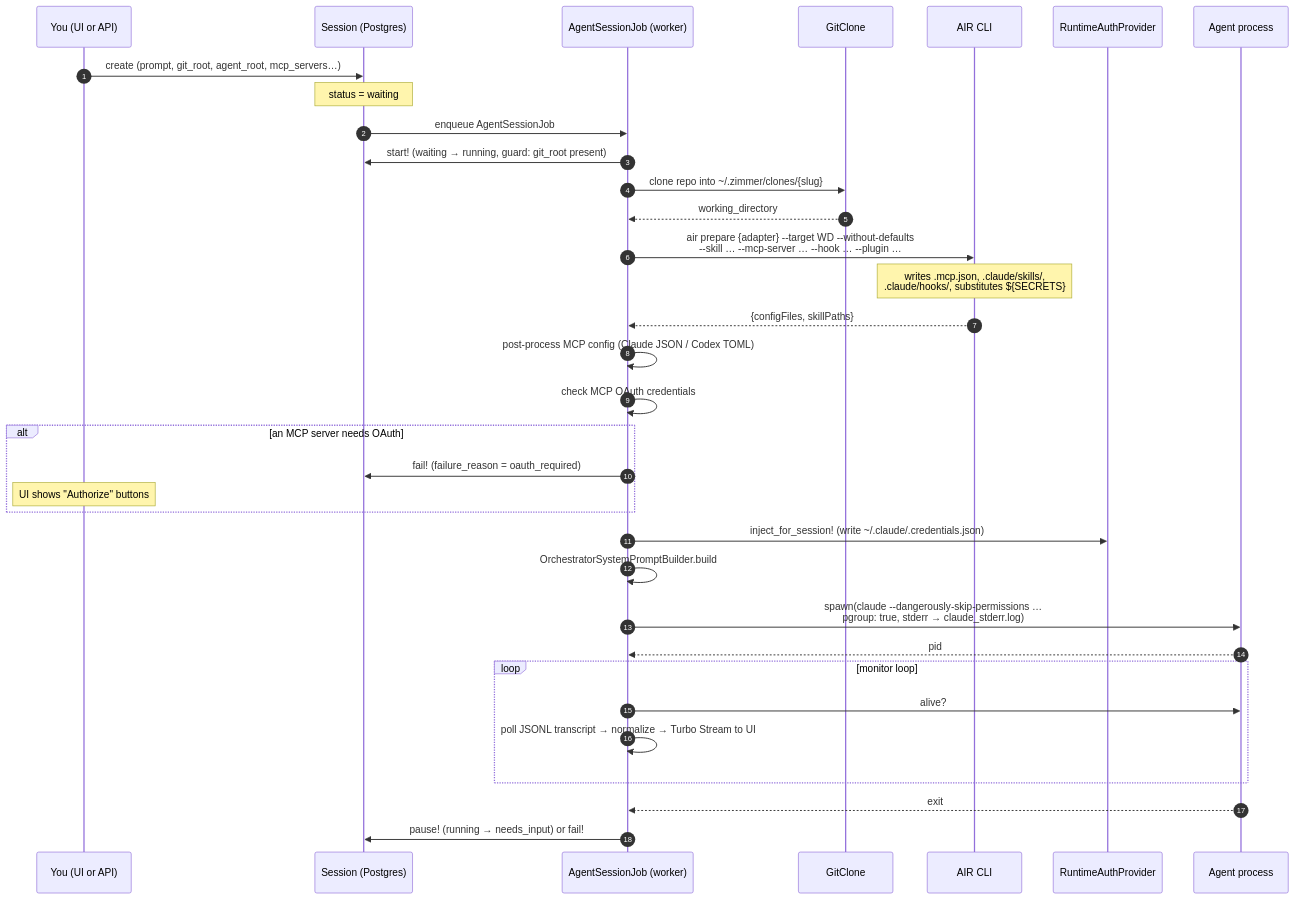
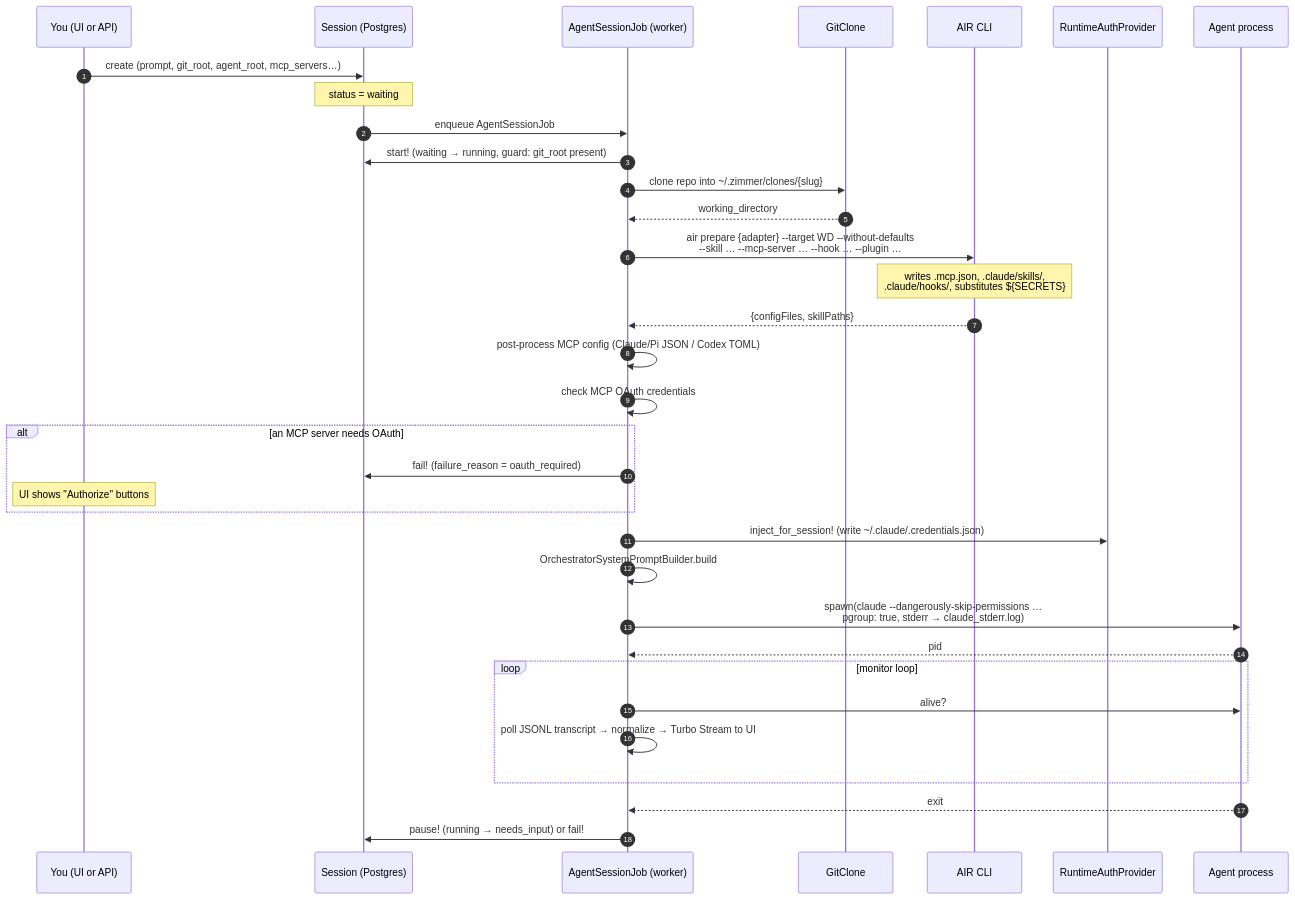
Before and after one commit to tadasant/zimmer: the second of 2 diagrams in docs/src/content/docs/intro/architecture.md, drawn with Mermaid. The commit also changed other lines of this file and 23 other files, not shown here.

````diff
--- a/docs/src/content/docs/intro/architecture.md
+++ b/docs/src/content/docs/intro/architecture.md
@@ -118,37 +121,37 @@
 ```mermaid
 sequenceDiagram
     autonumber
     participant U as You (UI or API)
     participant S as Session (Postgres)
     participant J as AgentSessionJob (worker)
     participant G as GitClone
     participant A as AIR CLI
     participant Au as RuntimeAuthProvider
     participant P as Agent process
 
     U->>S: create (prompt, git_root, agent_root, mcp_servers…)
     Note over S: status = waiting
     S->>J: enqueue AgentSessionJob
     J->>S: start! (waiting → running, guard: git_root present)
     J->>G: clone repo into ~/.zimmer/clones/{slug}
     G-->>J: working_directory
     J->>A: air prepare {adapter} --target WD --without-defaults<br/>--skill … --mcp-server … --hook … --plugin …
     Note over A: writes .mcp.json, .claude/skills/,<br/>.claude/hooks/, substitutes ${SECRETS}
     A-->>J: {configFiles, skillPaths}
-    J->>J: post-process MCP config (Claude JSON / Codex TOML)
+    J->>J: post-process MCP config (Claude/Pi JSON / Codex TOML)
     J->>J: check MCP OAuth credentials
     alt an MCP server needs OAuth
         J->>S: fail! (failure_reason = oauth_required)
         Note over U: UI shows "Authorize" buttons
     end
     J->>Au: inject_for_session! (write ~/.claude/.credentials.json)
     J->>J: OrchestratorSystemPromptBuilder.build
     J->>P: spawn(claude --dangerously-skip-permissions …<br/>pgroup: true, stderr → claude_stderr.log)
     P-->>J: pid
     loop monitor loop
         J->>P: alive?
         J->>J: poll JSONL transcript → normalize → Turbo Stream to UI
     end
     P-->>J: exit
     J->>S: pause! (running → needs_input) or fail!
 ```
````
